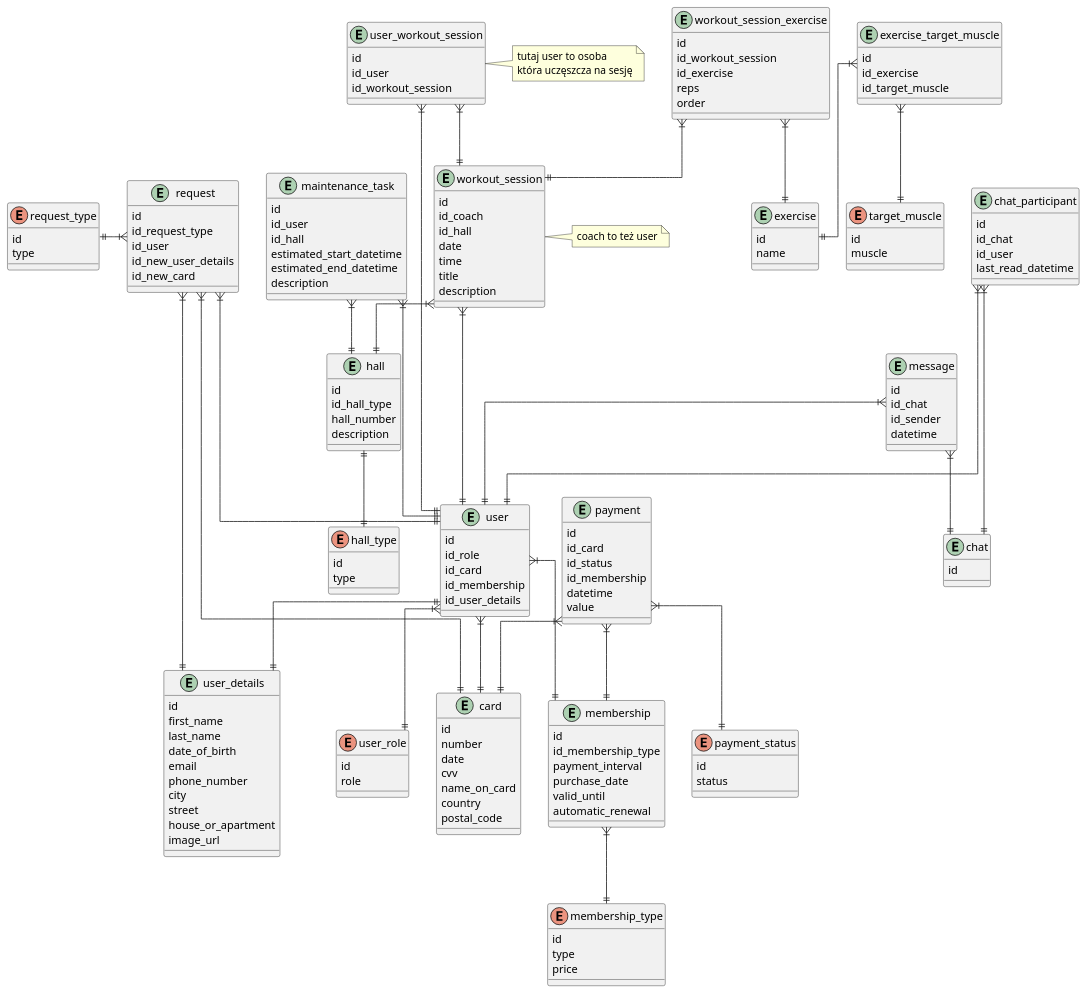
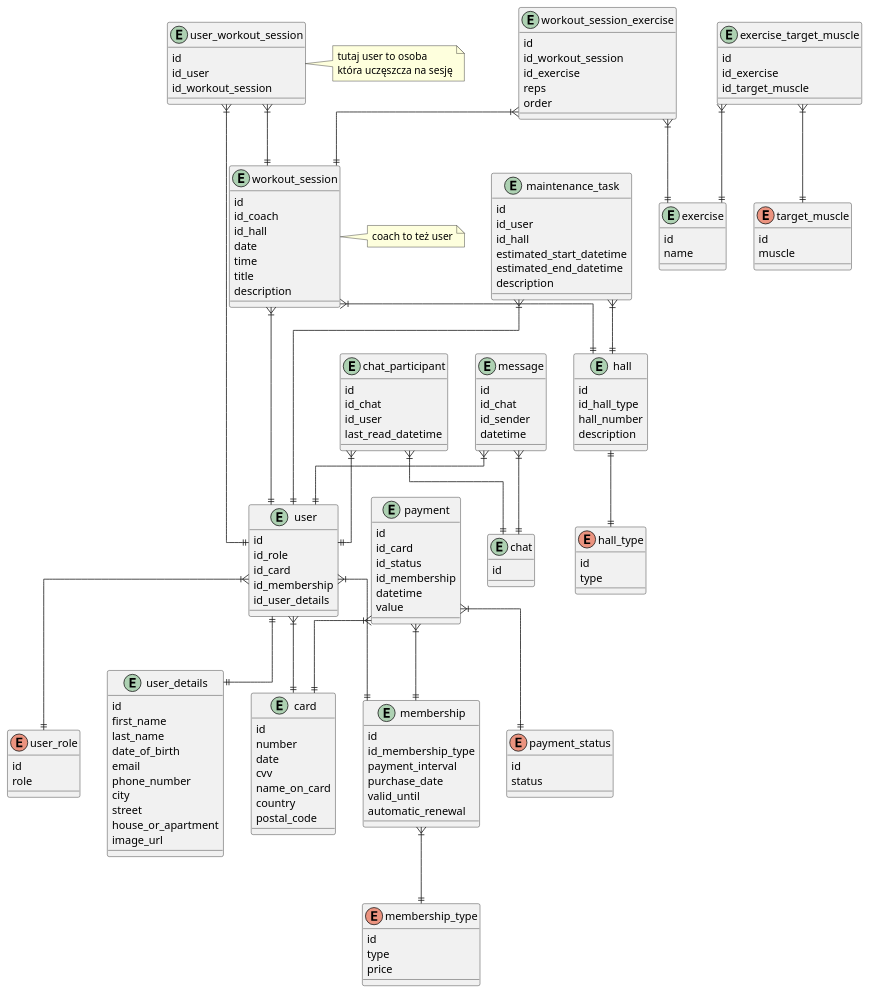
Before and after one commit to rafal11ck/gym-api: the diagram in docs/model.puml, drawn with PlantUML.

Commit message:
docs: remove request entities from db model

```diff
--- a/docs/model.puml
+++ b/docs/model.puml
@@ -5,9 +5,6 @@
     id
     role
 }
-
-
-
 
 entity "card" as card {
     id
@@ -140,19 +137,6 @@
     description
 }
 
-enum "request_type" as request_type {
-    id
-    type
-}
-
-entity "request" as request {
-    id
-    id_request_type
-    id_user
-    id_new_user_details
-    id_new_card
-}
-
 entity "chat" as chat {
     id
 }
@@ -197,17 +181,11 @@
 payment }|--|| card
 
 maintenance_task }|--|| hall
-maintenance_task }|---|| user
-
-request }|-left-|| request_type
-request }|---|| user
-request }|--|| user_details
-request }|--|| card
+maintenance_task }|--|| user
 
 message }|--|| chat
 message }|--|| user
 
-chat_participant }|---|| chat
+chat_participant }|--|| chat
 chat_participant }|--|| user
-
 @enduml
```
